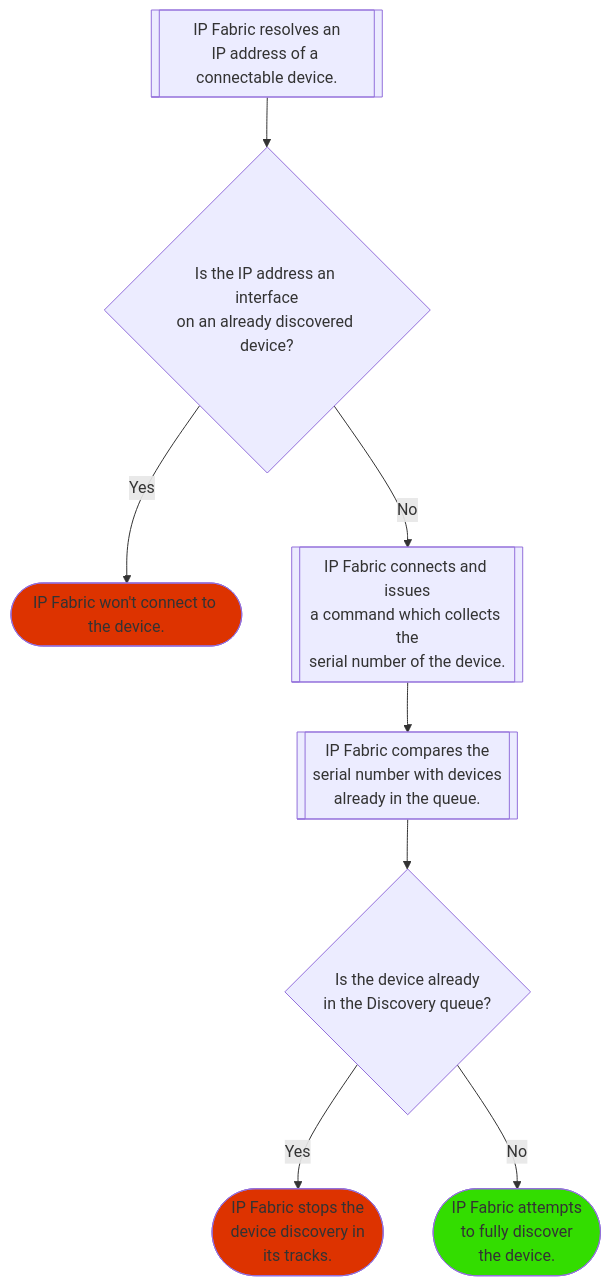
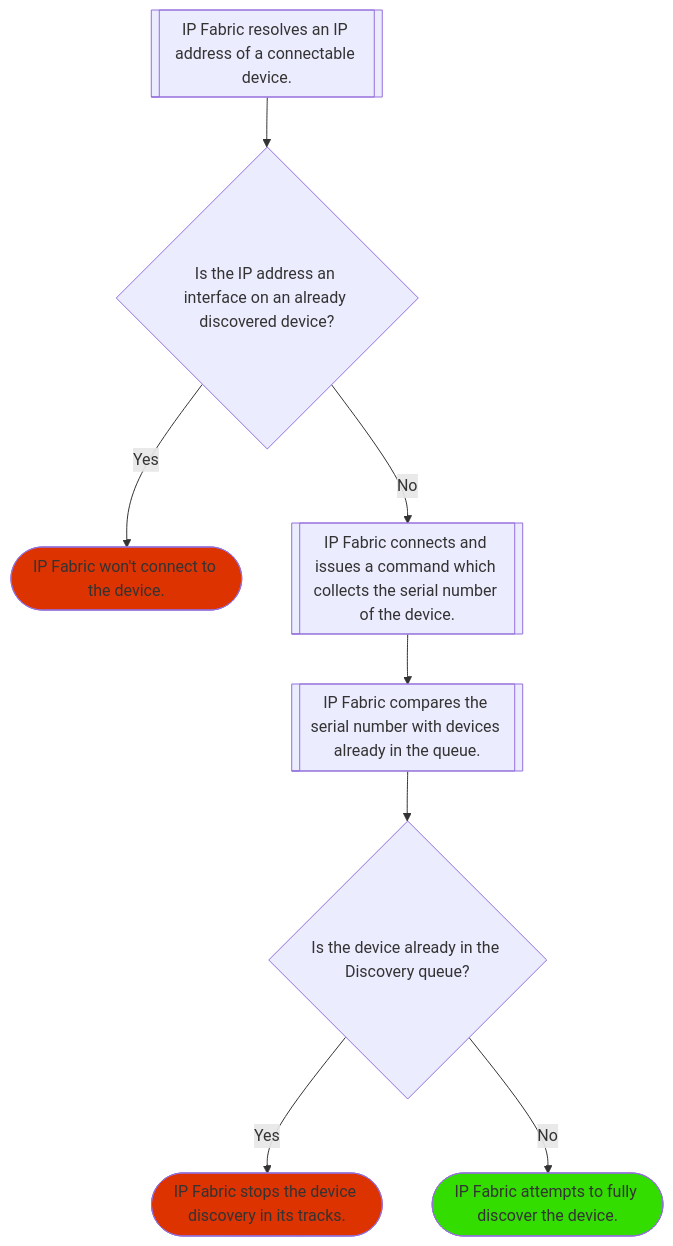
The diagram in docs/overview/How_Discovery_Works/CLI_discovery.md (ipfabric/docs), drawn with Mermaid before and after one commit.

Commit message:
Improve flowchart in CLI_discovery.md
Mermaid apparently does not support `\n` characters.

````diff
--- a/docs/overview/How_Discovery_Works/CLI_discovery.md
+++ b/docs/overview/How_Discovery_Works/CLI_discovery.md
@@ -68,16 +68,16 @@
 ```mermaid
 flowchart TD
-    IPFResolves[[IP Fabric resolves an\nIP address of a connectable device.]] --> AlreadyDiscoveredDevice{Is the IP address an interface\non an already discovered device?}
+    IPFResolves[[IP Fabric resolves an IP address of a connectable device.]] --> AlreadyDiscoveredDevice{Is the IP address an interface on an already discovered device?}
     
     AlreadyDiscoveredDevice -->|Yes| IPFWontConnect([IP Fabric won't connect to the device.])
-    AlreadyDiscoveredDevice -->|No| CollectsSN[[IP Fabric connects and issues\na command which collects the\nserial number of the device.]]
-    CollectsSN --> ComparesSN[[IP Fabric compares the\nserial number with devices\nalready in the queue.]]
+    AlreadyDiscoveredDevice -->|No| CollectsSN[[IP Fabric connects and issues a command which collects the serial number of the device.]]
+    CollectsSN --> ComparesSN[[IP Fabric compares the serial number with devices already in the queue.]]
 
-    ComparesSN --> AlreadyInQueue{Is the device already\nin the Discovery queue?}
-    AlreadyInQueue -->|Yes| IPFStops([IP Fabric stops the\ndevice discovery in\nits tracks.])
-    AlreadyInQueue -->|No| IPFDiscovers([IP Fabric attempts\nto fully discover\nthe device.])
+    ComparesSN --> AlreadyInQueue{Is the device already in the Discovery queue?}
+    AlreadyInQueue -->|Yes| IPFStops([IP Fabric stops the device discovery in its tracks.])
+    AlreadyInQueue -->|No| IPFDiscovers([IP Fabric attempts to fully discover the device.])
     
     style IPFDiscovers fill:#33dd00
     style IPFStops fill:#dd3300
     style IPFWontConnect fill:#dd3300
 ```
````
